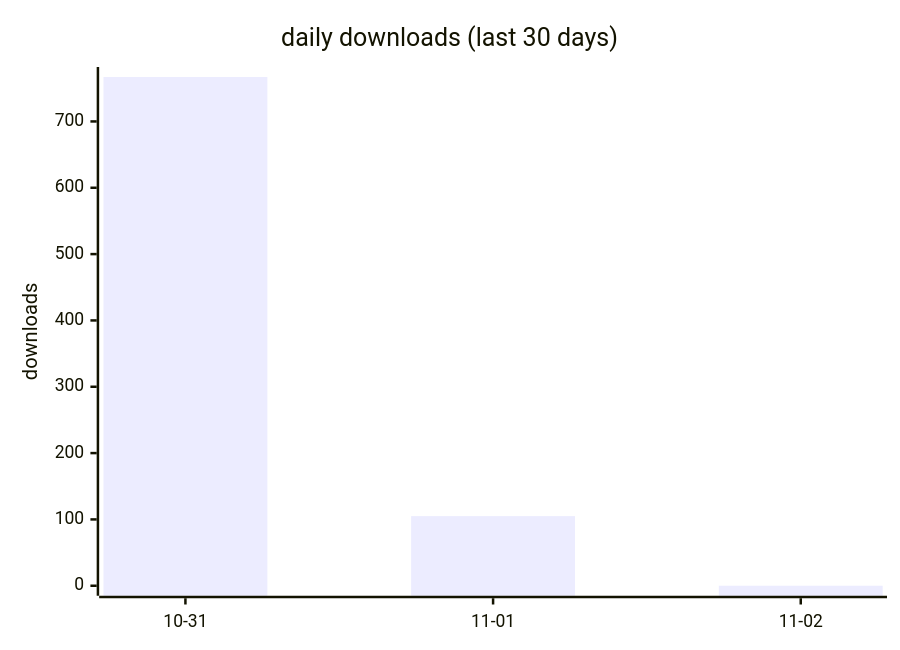
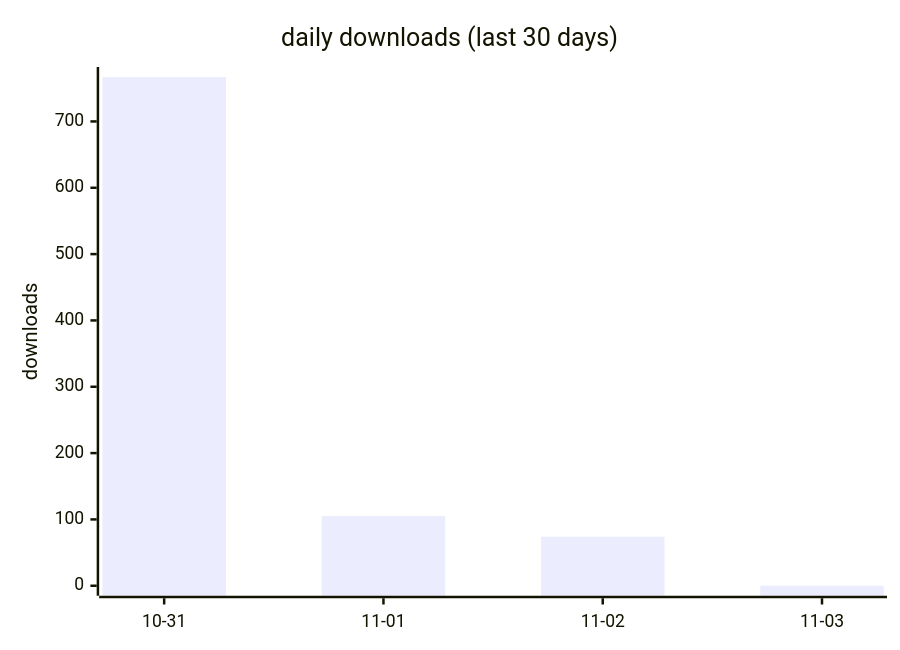
One commit to terry2010/opencode-loop-recover changed the first of 2 diagrams in docs/downloads-2026.md. Above: the diagram before and after it, drawn with Mermaid. The commit also changed other lines of this file and 1 other file, not shown here.

````diff
--- a/docs/downloads-2026.md
+++ b/docs/downloads-2026.md
@@ -19,7 +19,7 @@
 ```mermaid
 xychart-beta
     title "daily downloads (last 30 days)"
-    x-axis ["10-31", "11-01", "11-02"]
+    x-axis ["10-31", "11-01", "11-02", "11-03"]
     y-axis "downloads" 0 --> 767
-    bar [767, 105, 0]
+    bar [767, 105, 74, 0]
 ```
````
